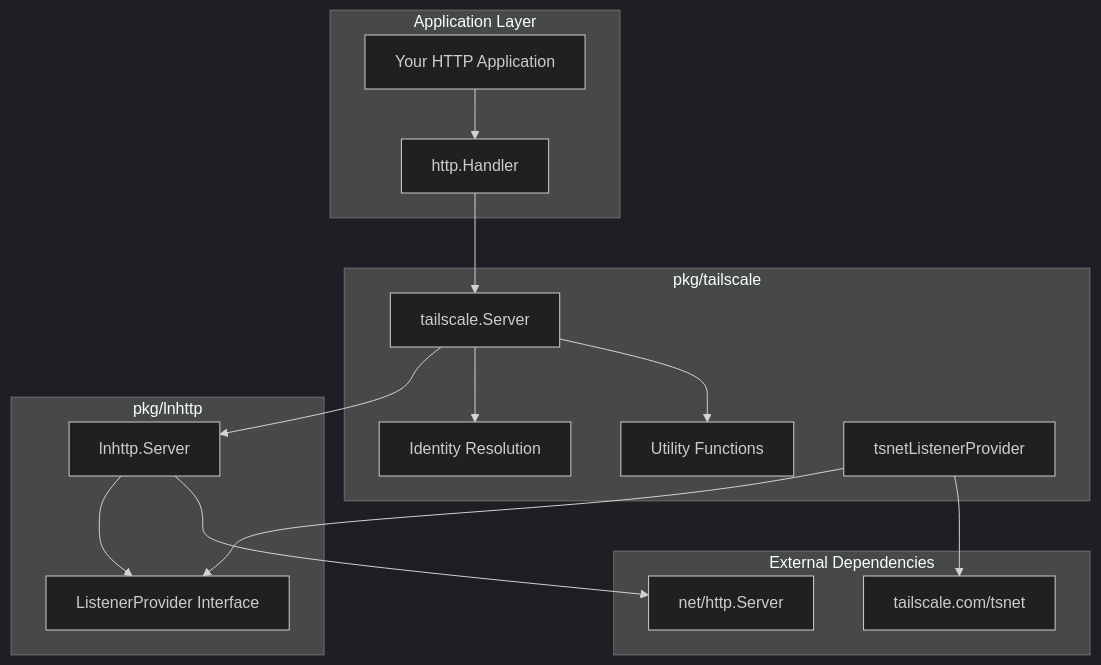
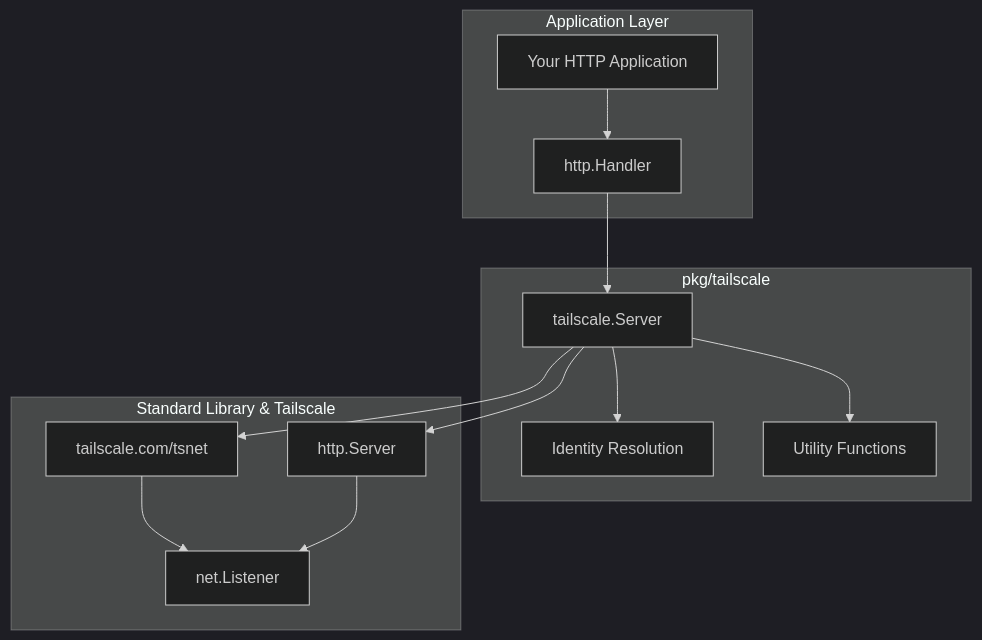
Before and after one commit to SpechtLabs/tka: the diagram in docs/reference/developer/tailscale-server.md, drawn with Mermaid (dark theme). The commit also changed other lines of this file and 8 other files, not shown here.

First line of the commit message:
chore(docs): update Tailscale docs, remove outdated lnhttp references

````diff
--- a/docs/reference/developer/tailscale-server.md
+++ b/docs/reference/developer/tailscale-server.md
@@ -24,30 +24,26 @@
 ```mermaid
 graph TB
     subgraph "Application Layer"
         App[Your HTTP Application]
         Handler[http.Handler]
     end
     subgraph "pkg/tailscale"
         TSServer[tailscale.Server]
         Identity[Identity Resolution]
         Utils[Utility Functions]
-        TSProvider[tsnetListenerProvider]
     end
-    subgraph "pkg/lnhttp"
-        LNServer[lnhttp.Server]
-        Provider[ListenerProvider Interface]
+    subgraph "Standard Library & Tailscale"
+        HTTPServer[http.Server]
+        TSNet[tailscale.com/tsnet]
+        NetListener[net.Listener]
     end
-    subgraph "External Dependencies"
-        TSNet[tailscale.com/tsnet]
-        HTTPServer[net/http.Server]
-    end
+
     App --> Handler
     Handler --> TSServer
-    TSServer --> LNServer
+    TSServer --> HTTPServer
     TSServer --> Identity
     TSServer --> Utils
-    LNServer --> Provider
-    TSProvider --> Provider
-    TSProvider --> TSNet
-    LNServer --> HTTPServer
+    TSServer --> TSNet
+    TSNet --> NetListener
+    HTTPServer --> NetListener
 ```
````
